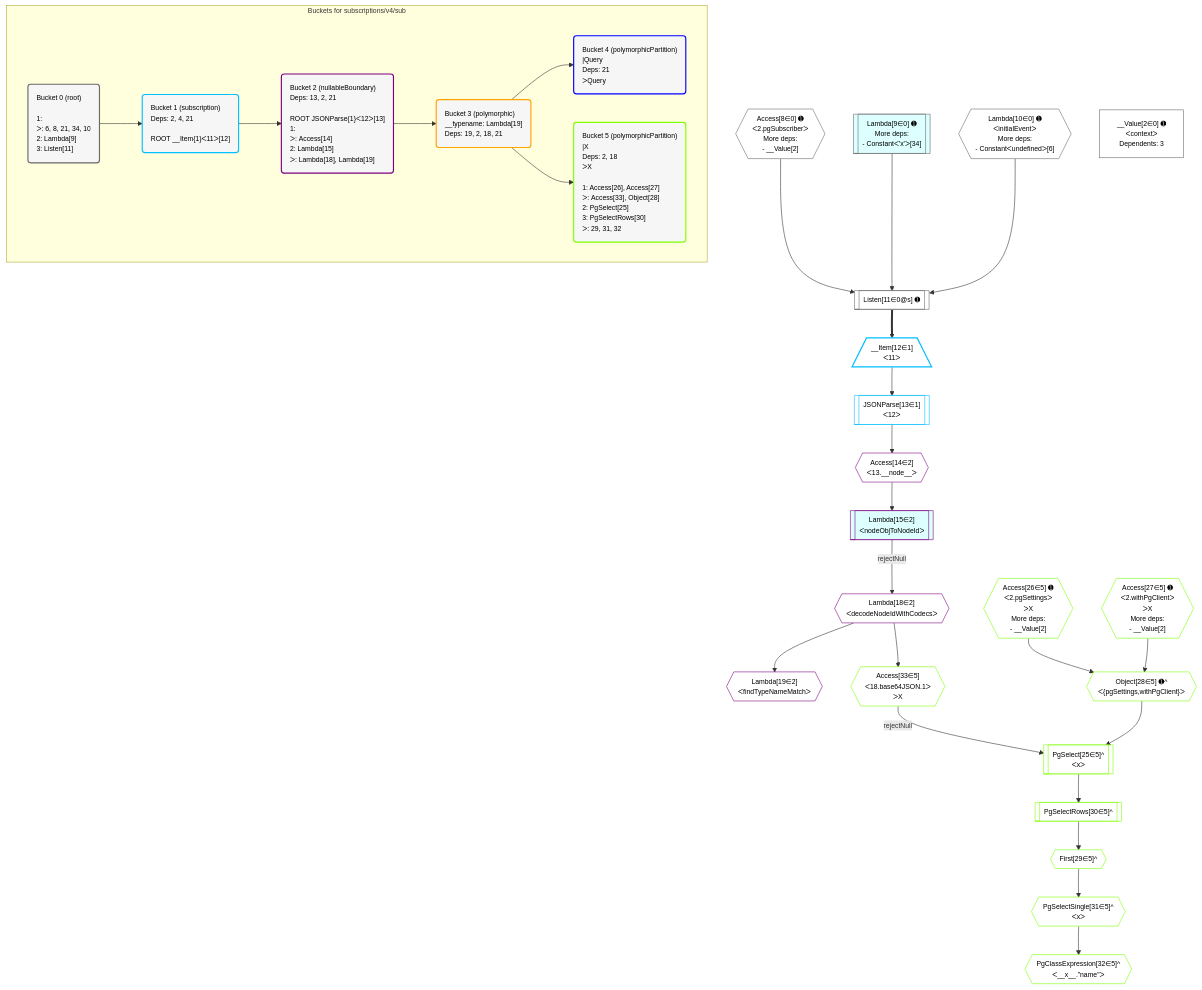
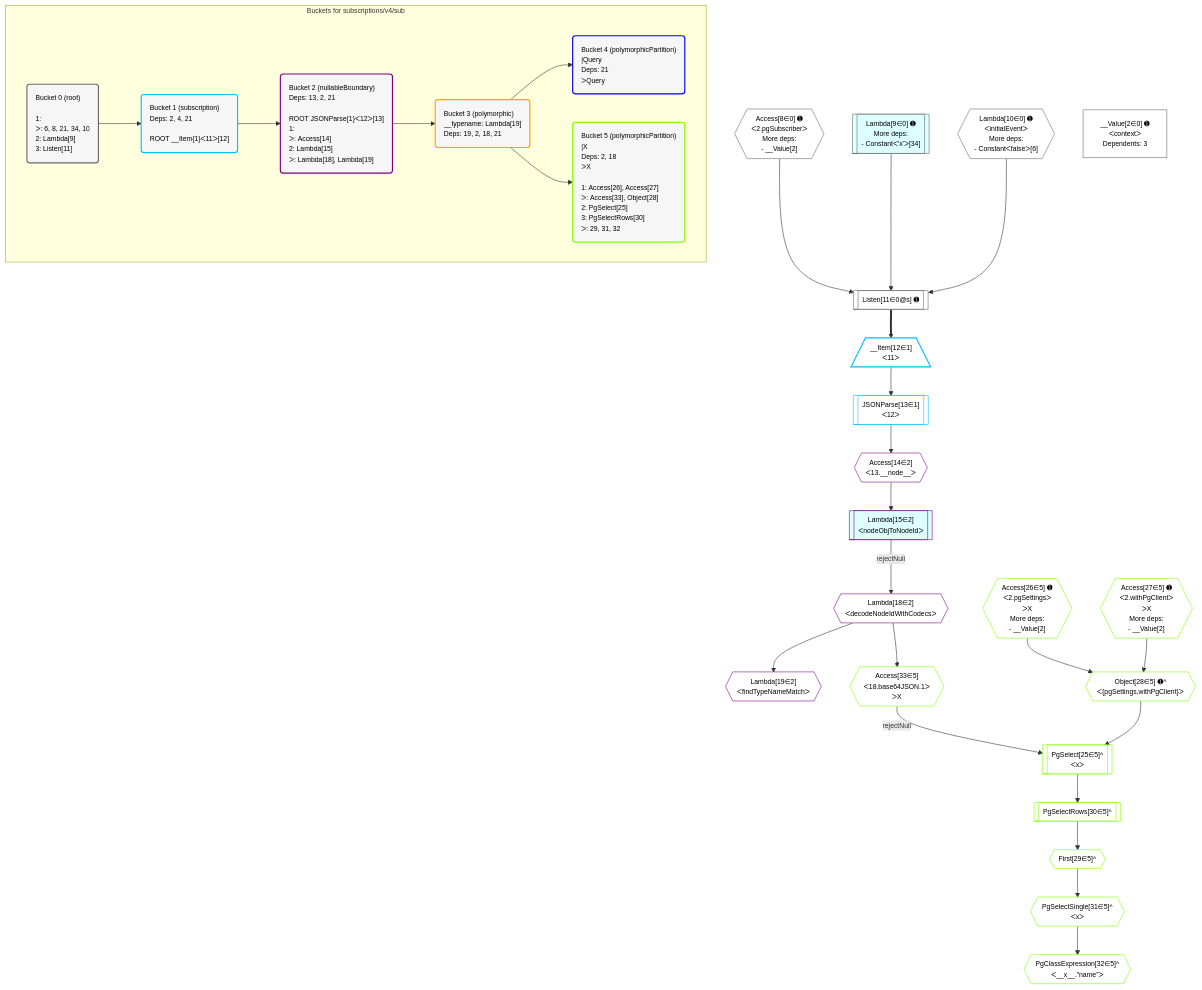
One commit to graphile/crystal changed the diagram in postgraphile/postgraphile/__tests__/subscriptions/v4/sub.mermaid. Above: the diagram before and after it, drawn with Mermaid.

Commit message:
Fix snapshot

```diff
--- a/postgraphile/postgraphile/__tests__/subscriptions/v4/sub.mermaid
+++ b/postgraphile/postgraphile/__tests__/subscriptions/v4/sub.mermaid
@@ -1,72 +1,72 @@
 %%{init: {'themeVariables': { 'fontSize': '12px'}}}%%
 graph TD
     classDef path fill:#eee,stroke:#000,color:#000
     classDef plan fill:#fff,stroke-width:1px,color:#000
     classDef itemplan fill:#fff,stroke-width:2px,color:#000
     classDef unbatchedplan fill:#dff,stroke-width:1px,color:#000
     classDef sideeffectplan fill:#fcc,stroke-width:2px,color:#000
     classDef bucket fill:#f6f6f6,color:#000,stroke-width:2px,text-align:left
 
     subgraph "Buckets for subscriptions/v4/sub"
     Bucket0("Bucket 0 (root)<br /><br />1: <br />ᐳ: 6, 8, 21, 34, 10<br />2: Lambda[9]<br />3: Listen[11]"):::bucket
     Bucket1("Bucket 1 (subscription)<br />Deps: 2, 4, 21<br /><br />ROOT __Item{1}ᐸ11ᐳ[12]"):::bucket
     Bucket2("Bucket 2 (nullableBoundary)<br />Deps: 13, 2, 21<br /><br />ROOT JSONParse{1}ᐸ12ᐳ[13]<br />1: <br />ᐳ: Access[14]<br />2: Lambda[15]<br />ᐳ: Lambda[18], Lambda[19]"):::bucket
     Bucket3("Bucket 3 (polymorphic)<br />__typename: Lambda[19]<br />Deps: 19, 2, 18, 21"):::bucket
     Bucket4("Bucket 4 (polymorphicPartition)<br />|Query<br />Deps: 21<br />ᐳQuery"):::bucket
     Bucket5("Bucket 5 (polymorphicPartition)<br />|X<br />Deps: 2, 18<br />ᐳX<br /><br />1: Access[26], Access[27]<br />ᐳ: Access[33], Object[28]<br />2: PgSelect[25]<br />3: PgSelectRows[30]<br />ᐳ: 29, 31, 32"):::bucket
     end
     Bucket0 --> Bucket1
     Bucket1 --> Bucket2
     Bucket2 --> Bucket3
     Bucket3 --> Bucket4 & Bucket5
 
     %% plan dependencies
     Listen11[["Listen[11∈0@s] ➊"]]:::plan
     Access8{{"Access[8∈0] ➊<br />ᐸ2.pgSubscriberᐳ<br />More deps:<br />- __Value[2]"}}:::plan
     Lambda9[["Lambda[9∈0] ➊<br />More deps:<br />- Constantᐸ'x'ᐳ[34]"]]:::unbatchedplan
-    Lambda10{{"Lambda[10∈0] ➊<br />ᐸinitialEventᐳ<br />More deps:<br />- Constantᐸundefinedᐳ[6]"}}:::plan
+    Lambda10{{"Lambda[10∈0] ➊<br />ᐸinitialEventᐳ<br />More deps:<br />- Constantᐸfalseᐳ[6]"}}:::plan
     Access8 & Lambda9 & Lambda10 --> Listen11
     __Value2["__Value[2∈0] ➊<br />ᐸcontextᐳ<br />Dependents: 3"]:::plan
     __Item12[/"__Item[12∈1]<br />ᐸ11ᐳ"\]:::itemplan
     Listen11 ==> __Item12
     JSONParse13[["JSONParse[13∈1]<br />ᐸ12ᐳ"]]:::plan
     __Item12 --> JSONParse13
     Access14{{"Access[14∈2]<br />ᐸ13.__node__ᐳ"}}:::plan
     JSONParse13 --> Access14
     Lambda15[["Lambda[15∈2]<br />ᐸnodeObjToNodeIdᐳ"]]:::unbatchedplan
     Access14 --> Lambda15
     Lambda18{{"Lambda[18∈2]<br />ᐸdecodeNodeIdWithCodecsᐳ"}}:::plan
     Lambda15 -->|rejectNull| Lambda18
     Lambda19{{"Lambda[19∈2]<br />ᐸfindTypeNameMatchᐳ"}}:::plan
     Lambda18 --> Lambda19
     PgSelect25[["PgSelect[25∈5]^<br />ᐸxᐳ"]]:::plan
     Object28{{"Object[28∈5] ➊^<br />ᐸ{pgSettings,withPgClient}ᐳ"}}:::plan
     Access33{{"Access[33∈5]<br />ᐸ18.base64JSON.1ᐳ<br />ᐳX"}}:::plan
     Access33 -->|rejectNull| PgSelect25
     Object28 --> PgSelect25
     Access26{{"Access[26∈5] ➊<br />ᐸ2.pgSettingsᐳ<br />ᐳX<br />More deps:<br />- __Value[2]"}}:::plan
     Access27{{"Access[27∈5] ➊<br />ᐸ2.withPgClientᐳ<br />ᐳX<br />More deps:<br />- __Value[2]"}}:::plan
     Access26 & Access27 --> Object28
     First29{{"First[29∈5]^"}}:::plan
     PgSelectRows30[["PgSelectRows[30∈5]^"]]:::plan
     PgSelectRows30 --> First29
     PgSelect25 --> PgSelectRows30
     PgSelectSingle31{{"PgSelectSingle[31∈5]^<br />ᐸxᐳ"}}:::plan
     First29 --> PgSelectSingle31
     PgClassExpression32{{"PgClassExpression[32∈5]^<br />ᐸ__x__.”name”ᐳ"}}:::plan
     PgSelectSingle31 --> PgClassExpression32
     Lambda18 --> Access33
 
     %% define steps
     classDef bucket0 stroke:#696969
     class Bucket0,__Value2,Access8,Lambda9,Lambda10,Listen11 bucket0
     classDef bucket1 stroke:#00bfff
     class Bucket1,__Item12,JSONParse13 bucket1
     classDef bucket2 stroke:#7f007f
     class Bucket2,Access14,Lambda15,Lambda18,Lambda19 bucket2
     classDef bucket3 stroke:#ffa500
     class Bucket3 bucket3
     classDef bucket4 stroke:#0000ff
     class Bucket4 bucket4
     classDef bucket5 stroke:#7fff00
     class Bucket5,PgSelect25,Access26,Access27,Object28,First29,PgSelectRows30,PgSelectSingle31,PgClassExpression32,Access33 bucket5
```
